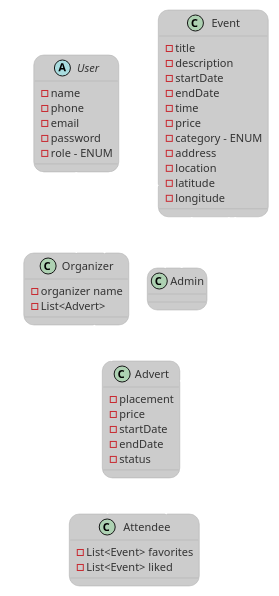
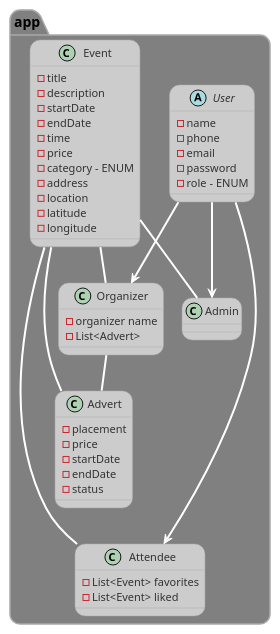
Before and after one commit to Tajan92/seeCphBackendAPI: the diagram in docs/domainModel.puml, drawn with PlantUML. The commit also changed 14 other files, not shown here.

Commit message:
Added ERD and class diagram + minor changes

```diff
--- a/docs/domainModel.puml
+++ b/docs/domainModel.puml
@@ -1,62 +1,64 @@
 @startuml
 !pragma layout smetana
 'https://plantuml.com/class-diagram
 !theme reddress-lightblue
 skinparam backgroundColor none
 skinparam ArrowColor white
 skinparam ArrowThickness 2
 skinparam roundcorner 20
 skinparam ArrowFontColor White
 skinparam ArrowFontSize 18
 skinparam package {
 BackgroundColor grey
 BorderColor darkgrey
 }
+package app{
 abstract class User{
 - name
 - phone
 - email
 - password
 - role - ENUM
 }
 class Organizer{
 - organizer name
 - List<Advert>
 
 }
 class Admin{}
 class Attendee{
 - List<Event> favorites
 - List<Event> liked
 }
 User --> Organizer
 User --> Admin
 User --> Attendee
 
 class Event {
 - title
 - description
 - startDate
 - endDate
 - time
 - price
 - category - ENUM
 - address
 - location
 - latitude
 - longitude
 }
 Event ---- Attendee
 Event -- Admin
 Event -- Organizer
 Event -- Advert
 
 class Advert{
 - placement
 - price
 - startDate
 - endDate
 - status
 }
 Organizer -- Advert
+}
 @enduml
```
